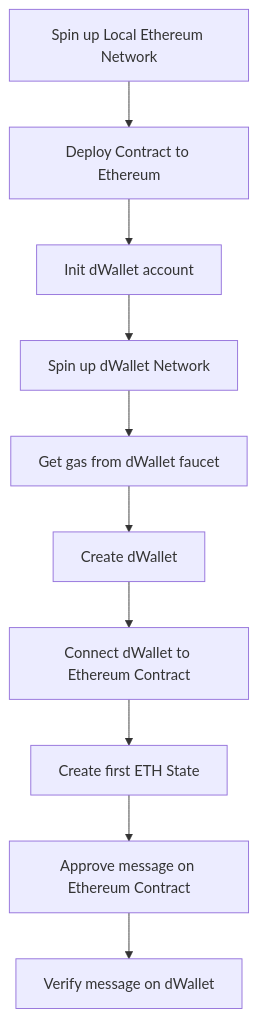
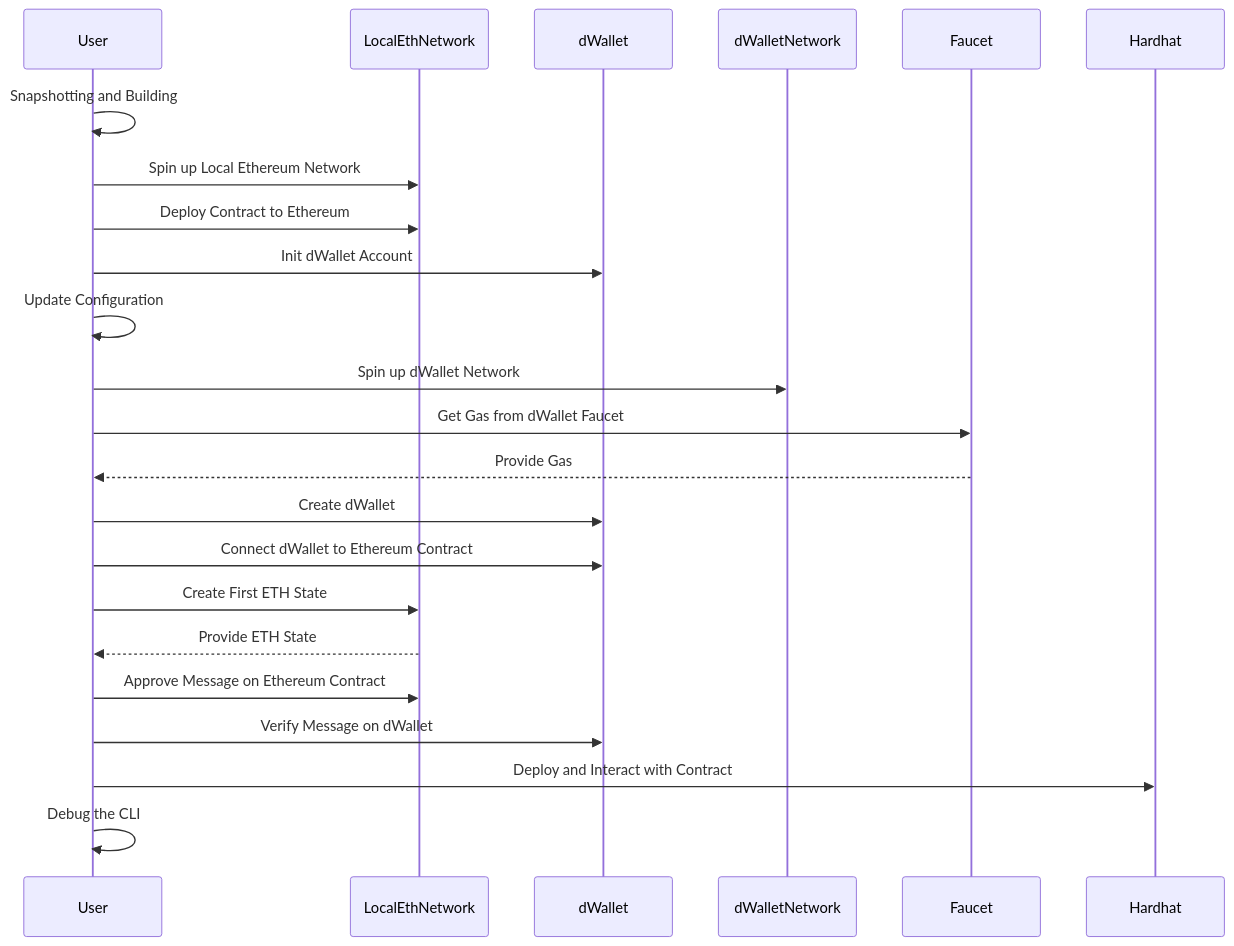
The diagram in README_YUVAL.md (dwallet-labs/dwallet-network), drawn with Mermaid before and after one commit. The commit also changed other lines of this file, not shown here.

Commit message:
add sequence diagram to README_YUVAL.md

````diff
--- a/README_YUVAL.md
+++ b/README_YUVAL.md
@@ -4,12 +4,25 @@
 ```mermaid
-graph TD
-A[Spin up Local Ethereum Network] --> B[Deploy Contract to Ethereum]
-B --> C[Init dWallet account]
-C --> D[Spin up dWallet Network]
-D --> E[Get gas from dWallet faucet]
-E --> F[Create dWallet]
-F --> G[Connect dWallet to Ethereum Contract]
-G --> H[Create first ETH State]
-H --> I[Approve message on Ethereum Contract]
-I --> J[Verify message on dWallet]
+sequenceDiagram
+  participant User
+  participant LocalEthNetwork
+  participant dWallet
+  participant dWalletNetwork
+  participant Faucet
+
+  User->>User: Snapshotting and Building
+  User->>LocalEthNetwork: Spin up Local Ethereum Network
+  User->>LocalEthNetwork: Deploy Contract to Ethereum
+  User->>dWallet: Init dWallet Account
+  User->>User: Update Configuration
+  User->>dWalletNetwork: Spin up dWallet Network
+  User->>Faucet: Get Gas from dWallet Faucet
+  Faucet-->>User: Provide Gas
+  User->>dWallet: Create dWallet
+  User->>dWallet: Connect dWallet to Ethereum Contract
+  User->>LocalEthNetwork: Create First ETH State
+  LocalEthNetwork-->>User: Provide ETH State
+  User->>LocalEthNetwork: Approve Message on Ethereum Contract
+  User->>dWallet: Verify Message on dWallet
+  User->>Hardhat: Deploy and Interact with Contract
+  User->>User: Debug the CLI
 ```
````
